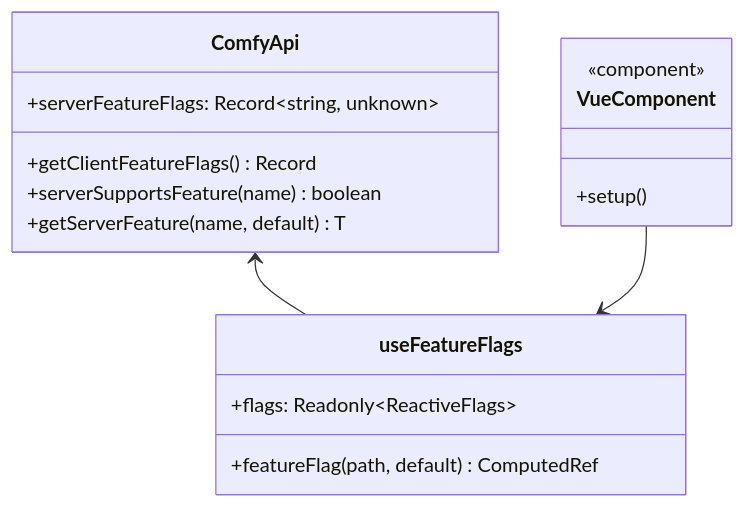
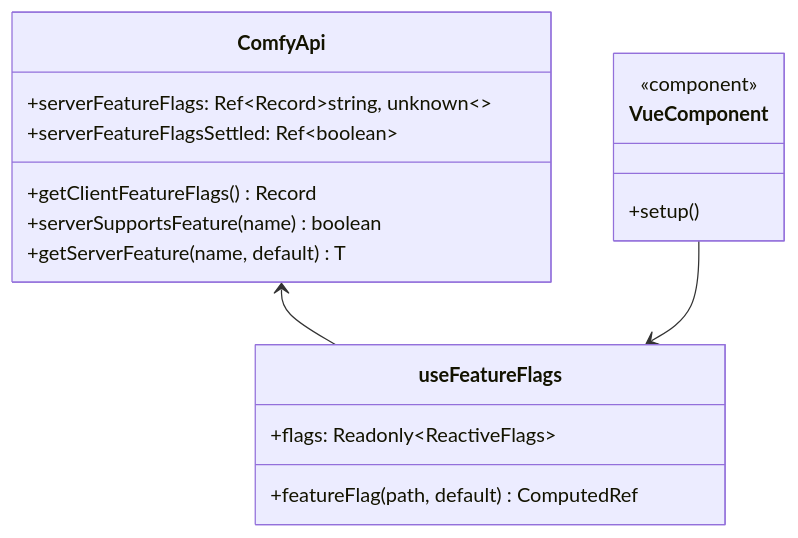
Before and after one commit to Comfy-Org/ComfyUI_frontend: the fourth of 7 diagrams in docs/FEATURE_FLAGS.md, drawn with Mermaid. The commit also changed other lines of this file and 19 other files, not shown here.

````diff
--- a/docs/FEATURE_FLAGS.md
+++ b/docs/FEATURE_FLAGS.md
@@ -122,22 +122,23 @@
 ```mermaid
 classDiagram
     class ComfyApi {
-        +serverFeatureFlags: Record~string, unknown~
+        +serverFeatureFlags: Ref~Record~string, unknown~~
+        +serverFeatureFlagsSettled: Ref~boolean~
         +getClientFeatureFlags() Record
         +serverSupportsFeature(name) boolean
         +getServerFeature(name, default) T
     }
 
     class useFeatureFlags {
         +flags: Readonly~ReactiveFlags~
         +featureFlag(path, default) ComputedRef
     }
 
     class VueComponent {
         <<component>>
         +setup()
     }
 
     ComfyApi <-- useFeatureFlags
     VueComponent --> useFeatureFlags
 ```
````
